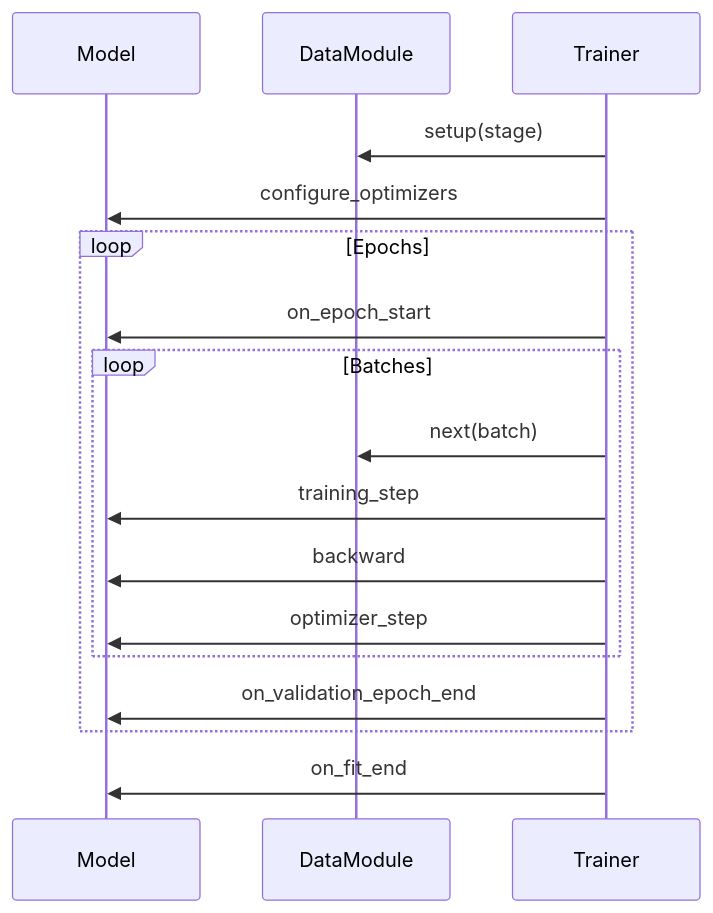
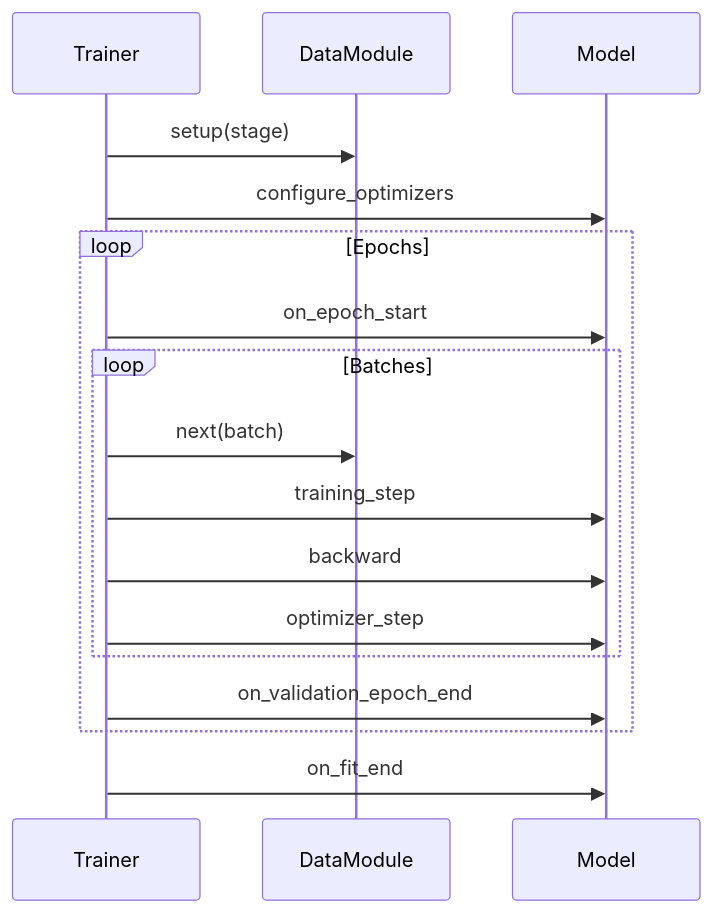
The diagram in docs/deep-learning/pytorch-lightning/02-core-components/03-trainer.mdx (SAILTECHTEAM/knowledge-base), drawn with Mermaid before and after one commit. The commit also changed other lines of this file and 7 other files, not shown here.

````diff
--- a/docs/deep-learning/pytorch-lightning/02-core-components/03-trainer.mdx
+++ b/docs/deep-learning/pytorch-lightning/02-core-components/03-trainer.mdx
@@ -223,20 +223,20 @@
 ```mermaid
 sequenceDiagram
+    participant T as Trainer
+    participant DM as DataModule
     participant M as Model
-    participant DM as DataModule
-    participant T as Trainer
     
     T->>DM: setup(stage)
     T->>M: configure_optimizers
     loop Epochs
         T->>M: on_epoch_start
         loop Batches
             T->>DM: next(batch)
             T->>M: training_step
             T->>M: backward
             T->>M: optimizer_step
         end
         T->>M: on_validation_epoch_end
     end
     T->>M: on_fit_end
 ```
````
